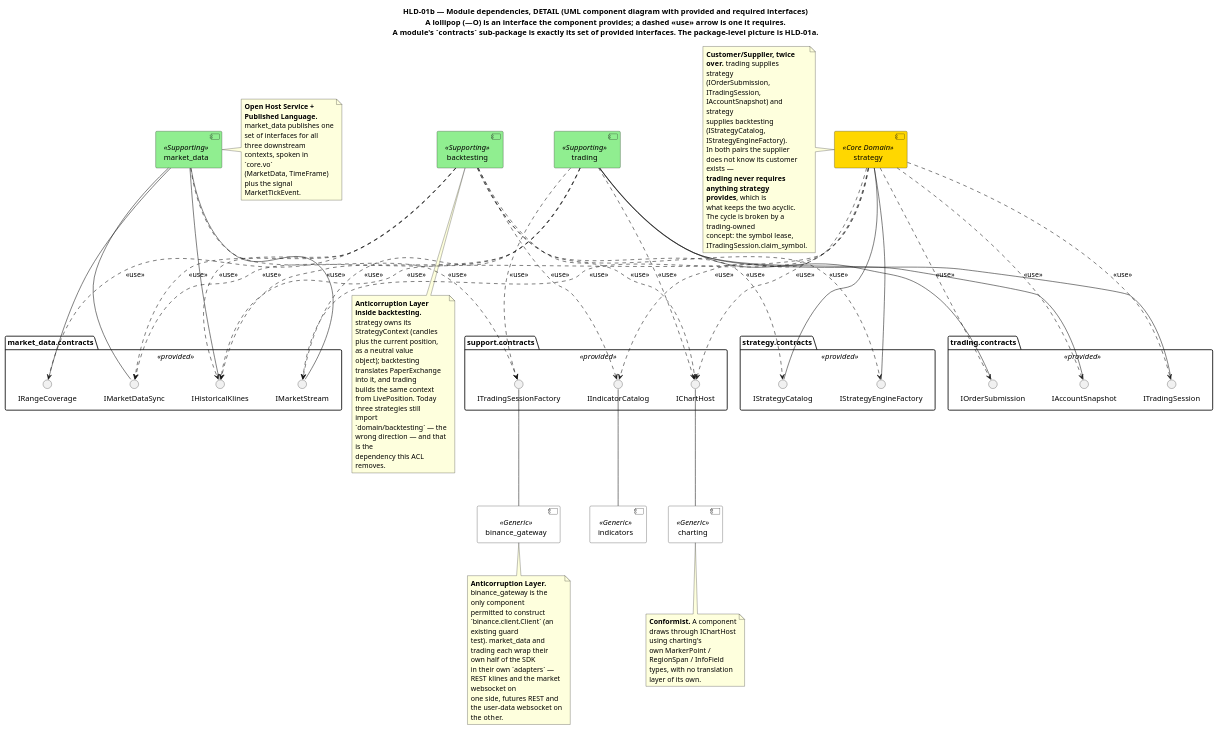
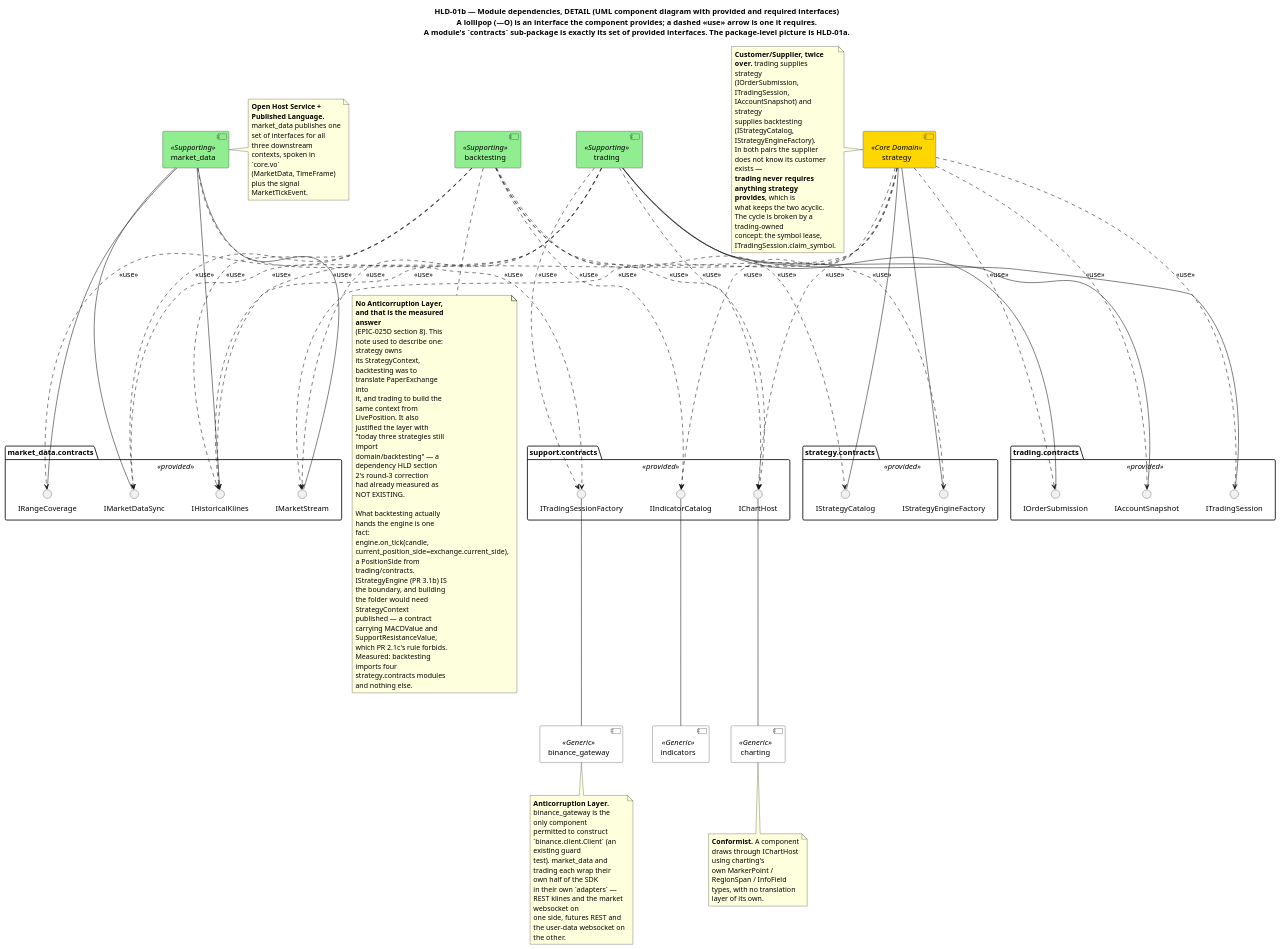
Before and after one commit to anhembedded/Sagittarius_Elite_Warrior: the diagram in Docs/HLD/diagrams/hld-01b_module_dependencies.puml, drawn with PlantUML. The commit also changed 8 other files, not shown here.

First line of the commit message:
docs(epic-025): the PaperExchange ACL is measured out, and one note justified it with nothing

```diff
--- a/Docs/HLD/diagrams/hld-01b_module_dependencies.puml
+++ b/Docs/HLD/diagrams/hld-01b_module_dependencies.puml
@@ -1,113 +1,122 @@
 @startuml hld-01b_module_dependencies
 title HLD-01b — Module dependencies, DETAIL (UML **component diagram** with provided and required interfaces)\nA lollipop (—O) is an interface the component **provides**; a dashed «use» arrow is one it **requires**.\nA module's `contracts` sub-package is exactly its set of provided interfaces. The package-level picture is HLD-01a.
 skinparam wrapWidth 170
 skinparam componentStyle uml2
 
 component market_data <<Supporting>> #LightGreen
 component strategy <<Core Domain>> #Gold
 component trading <<Supporting>> #LightGreen
 component backtesting <<Supporting>> #LightGreen
 component charting <<Generic>> #White
 component indicators <<Generic>> #White
 component binance_gateway <<Generic>> #White
 
 package "market_data.contracts" <<provided>> {
   interface IHistoricalKlines
   interface IMarketStream
   interface IMarketDataSync
   interface IRangeCoverage
 }
 package "trading.contracts" <<provided>> {
   interface IOrderSubmission
   interface ITradingSession
   interface IAccountSnapshot
 }
 package "strategy.contracts" <<provided>> {
   interface IStrategyCatalog
   interface IStrategyEngineFactory
 }
 package "support.contracts" <<provided>> {
   interface IChartHost
   interface IIndicatorCatalog
   interface ITradingSessionFactory
 }
 
 market_data -down- IHistoricalKlines
 market_data -down- IMarketStream
 market_data -down- IMarketDataSync
 market_data -down- IRangeCoverage
 
 trading -down- IOrderSubmission
 trading -down- ITradingSession
 trading -down- IAccountSnapshot
 
 strategy -down- IStrategyCatalog
 strategy -down- IStrategyEngineFactory
 
 charting -up- IChartHost
 indicators -up- IIndicatorCatalog
 binance_gateway -up- ITradingSessionFactory
 
 strategy ..> IHistoricalKlines : <<use>>
 strategy ..> IMarketStream : <<use>>
 strategy ..> IOrderSubmission : <<use>>
 strategy ..> ITradingSession : <<use>>
 strategy ..> IAccountSnapshot : <<use>>
 strategy ..> IChartHost : <<use>>
 strategy ..> IIndicatorCatalog : <<use>>
 
 trading ..> IHistoricalKlines : <<use>>
 trading ..> IMarketStream : <<use>>
 trading ..> IMarketDataSync : <<use>>
 trading ..> IChartHost : <<use>>
 trading ..> ITradingSessionFactory : <<use>>
 
 backtesting ..> IHistoricalKlines : <<use>>
 backtesting ..> IMarketDataSync : <<use>>
 backtesting ..> IRangeCoverage : <<use>>
 backtesting ..> IStrategyCatalog : <<use>>
 backtesting ..> IStrategyEngineFactory : <<use>>
 backtesting ..> IChartHost : <<use>>
 backtesting ..> IIndicatorCatalog : <<use>>
 
 market_data ..> ITradingSessionFactory : <<use>>
 
 note right of market_data
   **Open Host Service + Published Language.** market_data publishes one
   set of interfaces for all three downstream contexts, spoken in `core.vo`
   (MarketData, TimeFrame) plus the signal MarketTickEvent.
 end note
 
 note left of strategy
   **Customer/Supplier, twice over.** trading supplies strategy
   (IOrderSubmission, ITradingSession, IAccountSnapshot) and strategy
   supplies backtesting (IStrategyCatalog, IStrategyEngineFactory).
   In both pairs the supplier does not know its customer exists —
   **trading never requires anything strategy provides**, which is
   what keeps the two acyclic. The cycle is broken by a trading-owned
   concept: the symbol lease, ITradingSession.claim_symbol.
 end note
 
 note bottom of binance_gateway
   **Anticorruption Layer.** binance_gateway is the only component
   permitted to construct `binance.client.Client` (an existing guard
   test). market_data and trading each wrap their own half of the SDK
   in their own `adapters` — REST klines and the market websocket on
   one side, futures REST and the user-data websocket on the other.
 end note
 
 note bottom of charting
   **Conformist.** A component draws through IChartHost using charting's
   own MarkerPoint / RegionSpan / InfoField types, with no translation
   layer of its own.
 end note
 
 note bottom of backtesting
-  **Anticorruption Layer inside backtesting.** strategy owns its
-  StrategyContext (candles plus the current position, as a neutral value
-  object); backtesting translates PaperExchange into it, and trading
-  builds the same context from LivePosition. Today three strategies still
-  import `domain/backtesting` — the wrong direction — and that is the
-  dependency this ACL removes.
+  **No Anticorruption Layer, and that is the measured answer**
+  (EPIC-025D section 8). This note used to describe one: strategy owns
+  its StrategyContext, backtesting was to translate PaperExchange into
+  it, and trading to build the same context from LivePosition. It also
+  justified the layer with "today three strategies still import
+  domain/backtesting" — a dependency HLD section 2's round-3 correction
+  had already measured as NOT EXISTING.
+
+  What backtesting actually hands the engine is one fact:
+  engine.on_tick(candle, current_position_side=exchange.current_side),
+  a PositionSide from trading/contracts. IStrategyEngine (PR 3.1b) IS
+  the boundary, and building the folder would need StrategyContext
+  published — a contract carrying MACDValue and SupportResistanceValue,
+  which PR 2.1c's rule forbids. Measured: backtesting imports four
+  strategy.contracts modules and nothing else.
 end note
 @enduml
```
